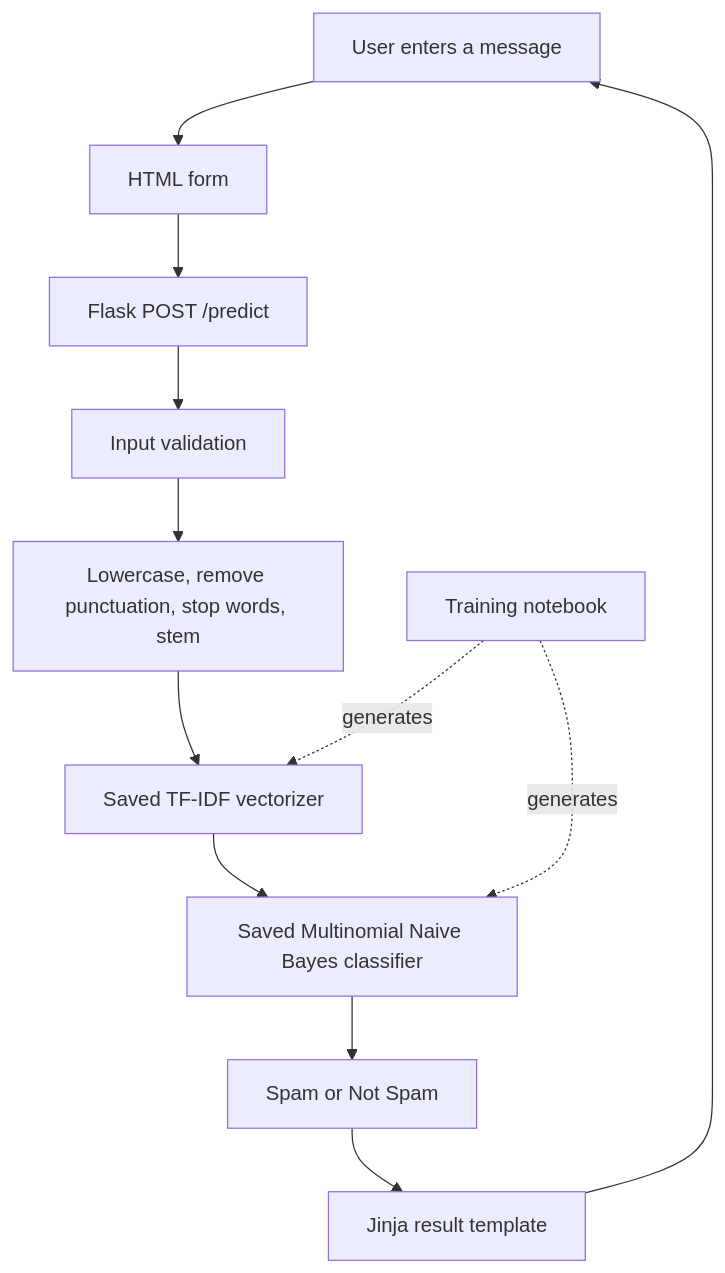
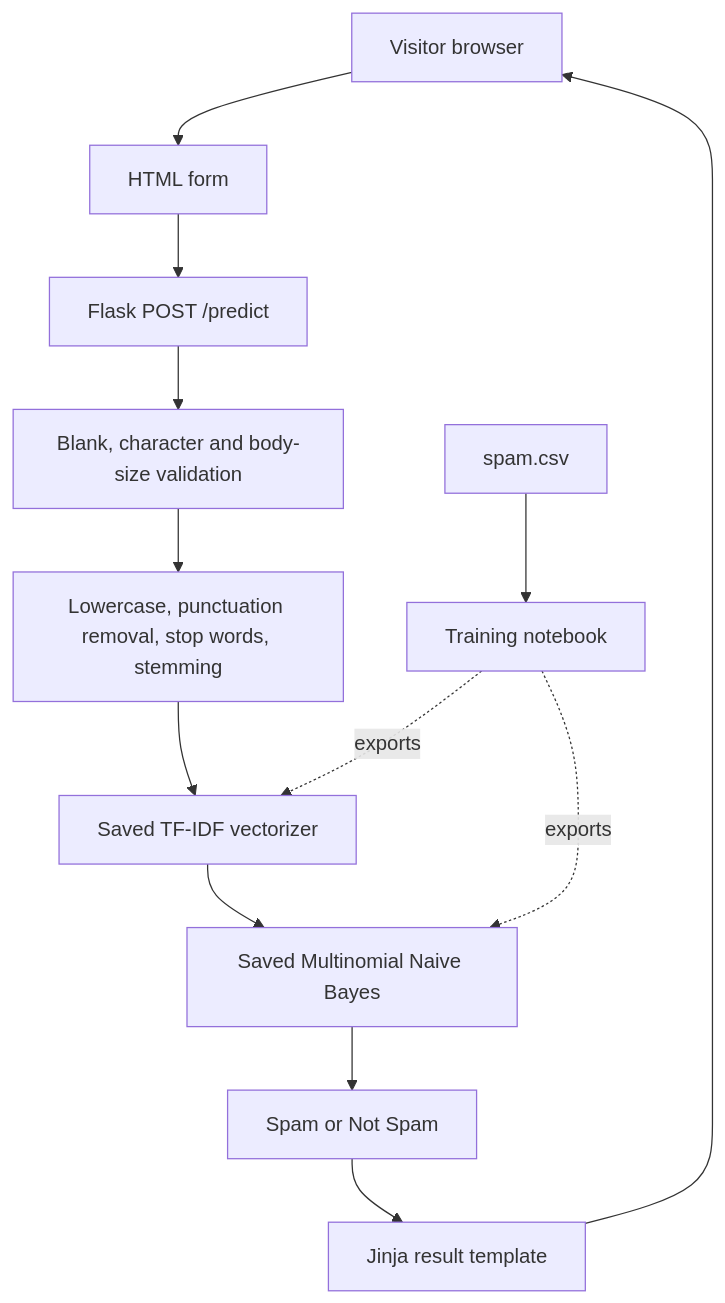
Before and after one commit to Brajesh31/Email-Spam-Detection-system: the diagram in docs/ARCHITECTURE.md, drawn with Mermaid. The commit also changed other lines of this file and 30 other files, not shown here.

Commit message:
docs: deepen spam classifier technical documentation and repair notebook

````diff
--- a/docs/ARCHITECTURE.md
+++ b/docs/ARCHITECTURE.md
@@ -7,14 +7,15 @@
 ```mermaid
 flowchart TD
-  User[User enters a message] --> Form[HTML form]
+  Visitor[Visitor browser] --> Form[HTML form]
   Form --> Route[Flask POST /predict]
-  Route --> Validation[Input validation]
-  Validation --> Preprocess[Lowercase, remove punctuation, stop words, stem]
-  Preprocess --> Vectorizer[Saved TF-IDF vectorizer]
-  Vectorizer --> Classifier[Saved Multinomial Naive Bayes classifier]
-  Classifier --> Result[Spam or Not Spam]
-  Result --> Template[Jinja result template]
-  Template --> User
-  Notebook[Training notebook] -. generates .-> Vectorizer
-  Notebook -. generates .-> Classifier
+  Route --> Validate[Blank, character and body-size validation]
+  Validate --> Normalize[Lowercase, punctuation removal, stop words, stemming]
+  Normalize --> Vectorizer[Saved TF-IDF vectorizer]
+  Vectorizer --> Classifier[Saved Multinomial Naive Bayes]
+  Classifier --> Label[Spam or Not Spam]
+  Label --> Jinja[Jinja result template]
+  Jinja --> Visitor
+  Notebook[Training notebook] -. exports .-> Vectorizer
+  Notebook -. exports .-> Classifier
+  Dataset[spam.csv] --> Notebook
 ```
````
